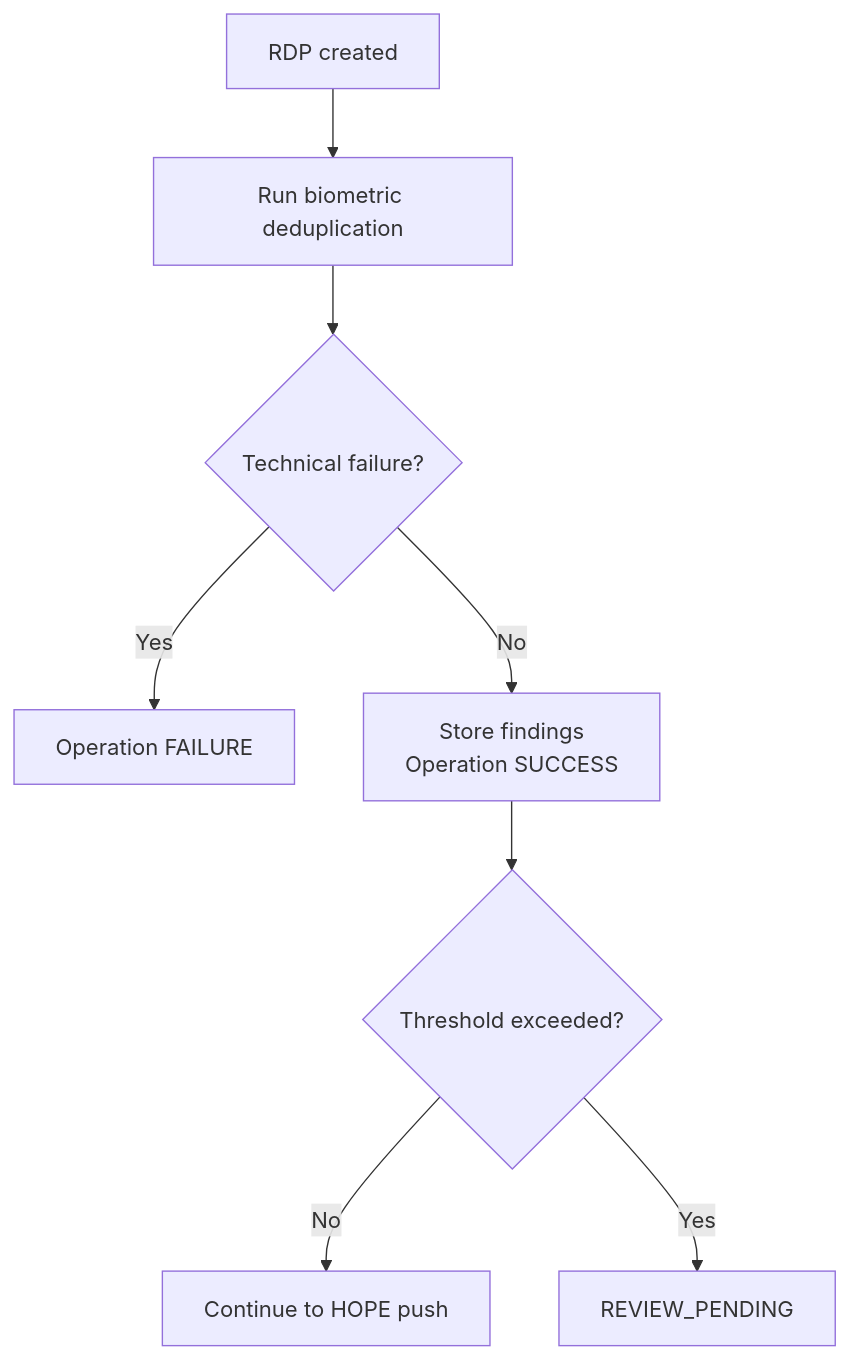
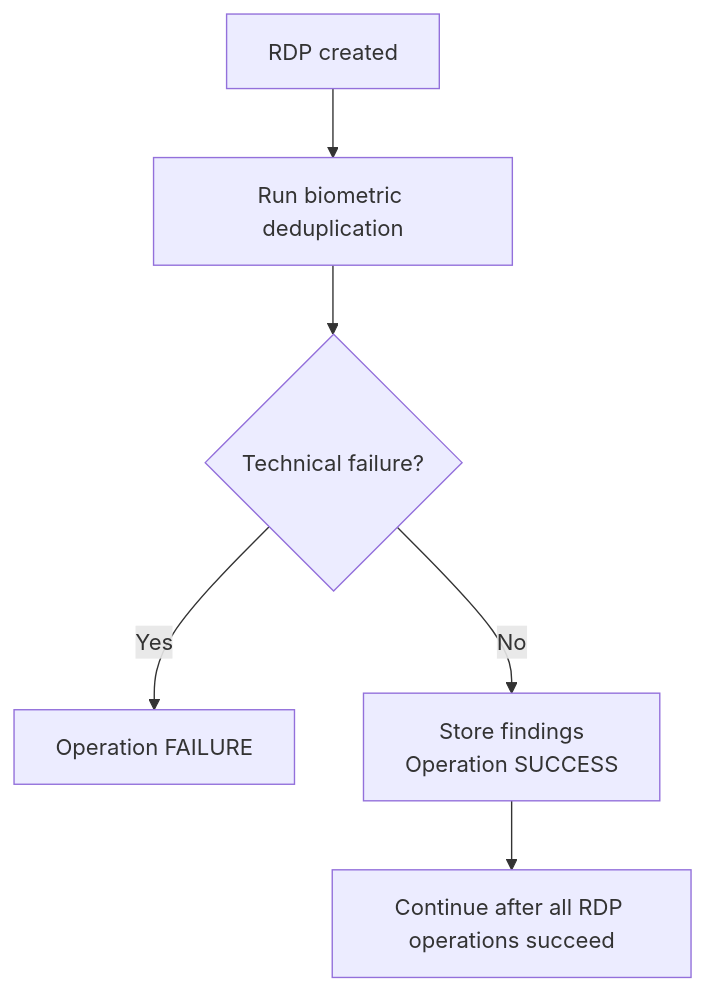
Before and after one commit to unicef/hope-country-workspace: the diagram in docs/src/rdp/operations/deduplication.md, drawn with Mermaid. The commit also changed other lines of this file and 21 other files, not shown here.

````diff
--- a/docs/src/rdp/operations/deduplication.md
+++ b/docs/src/rdp/operations/deduplication.md
@@ -29,10 +23,8 @@
 ```mermaid
 flowchart TD
     A[RDP created] --> B[Run biometric deduplication]
     B --> C{Technical failure?}
     C -->|Yes| D[Operation FAILURE]
     C -->|No| E[Store findings<br/>Operation SUCCESS]
-    E --> F{Threshold exceeded?}
-    F -->|No| G[Continue to HOPE push]
-    F -->|Yes| H[REVIEW_PENDING]
+    E --> F[Continue after all RDP operations succeed]
 ```
````
